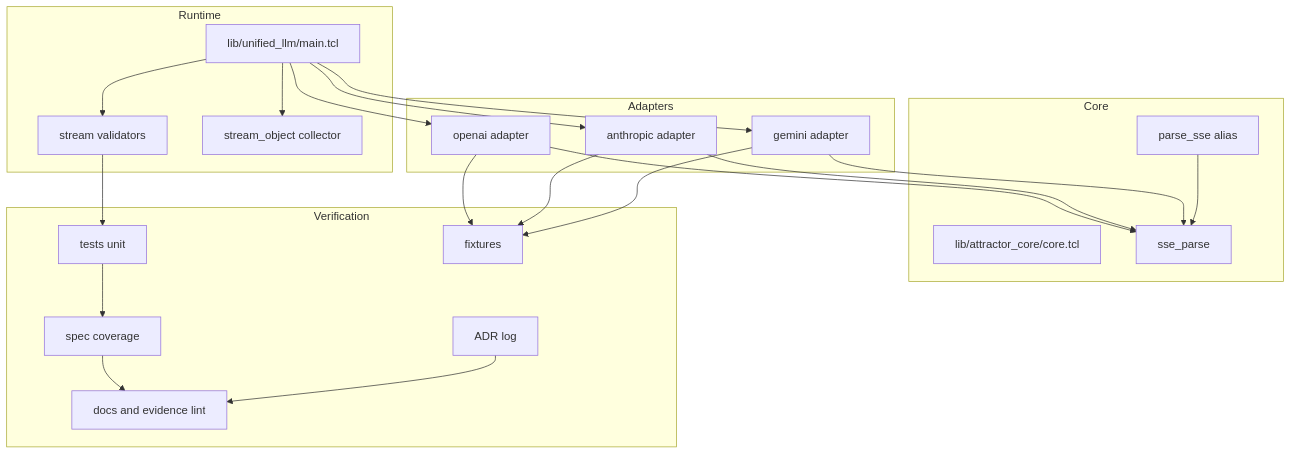
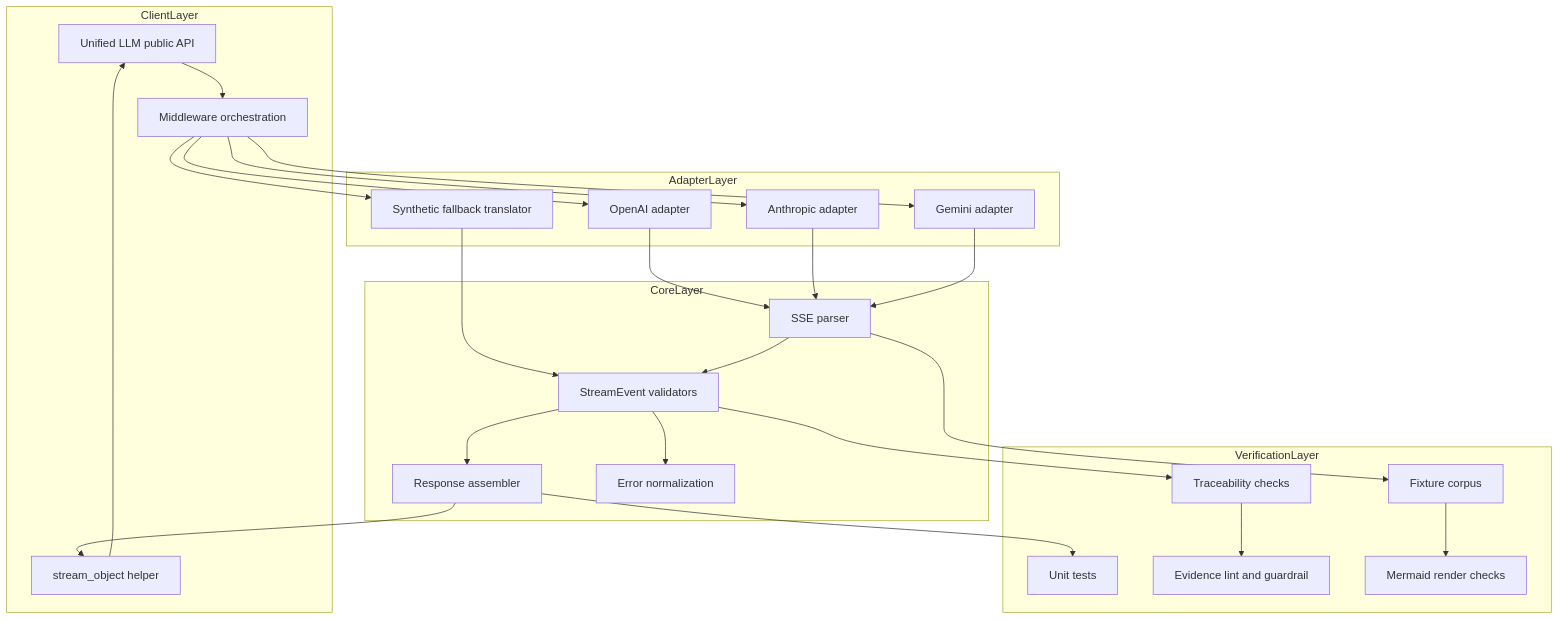
Before and after one commit to jaytaylor/attractor-tcl: the fifth of 5 diagrams in docs/sprints/SPRINT-005-comprehensive-implementation-plan.md, drawn with Mermaid. The commit also changed other lines of this file, not shown here.

````diff
--- a/docs/sprints/SPRINT-005-comprehensive-implementation-plan.md
+++ b/docs/sprints/SPRINT-005-comprehensive-implementation-plan.md
@@ -954,45 +741,50 @@
 ```mermaid
 flowchart TB
-  subgraph Runtime
-    A1[lib/unified_llm/main.tcl]
-    A2[stream validators]
-    A3[stream_object collector]
+  subgraph ClientLayer
+    C1[Unified LLM public API]
+    C2[Middleware orchestration]
+    C3[stream_object helper]
   end
 
-  subgraph Adapters
-    B1[openai adapter]
-    B2[anthropic adapter]
-    B3[gemini adapter]
+  subgraph AdapterLayer
+    A1[OpenAI adapter]
+    A2[Anthropic adapter]
+    A3[Gemini adapter]
+    A4[Synthetic fallback translator]
   end
 
-  subgraph Core
-    C1[lib/attractor_core/core.tcl]
-    C2[sse_parse]
-    C3[parse_sse alias]
+  subgraph CoreLayer
+    K1[SSE parser]
+    K2[StreamEvent validators]
+    K3[Response assembler]
+    K4[Error normalization]
   end
 
-  subgraph Verification
-    D1[tests unit]
-    D2[fixtures]
-    D3[spec coverage]
-    D4[docs and evidence lint]
-    D5[ADR log]
+  subgraph VerificationLayer
+    V1[Unit tests]
+    V2[Fixture corpus]
+    V3[Traceability checks]
+    V4[Evidence lint and guardrail]
+    V5[Mermaid render checks]
   end
 
-  A1 --> A2
-  A1 --> A3
-  A1 --> B1
-  A1 --> B2
-  A1 --> B3
-  B1 --> C2
-  B2 --> C2
-  B3 --> C2
-  C3 --> C2
-  A2 --> D1
-  B1 --> D2
-  B2 --> D2
-  B3 --> D2
-  D1 --> D3
-  D3 --> D4
-  D5 --> D4
+  C1 --> C2
+  C2 --> A1
+  C2 --> A2
+  C2 --> A3
+  C2 --> A4
+  A1 --> K1
+  A2 --> K1
+  A3 --> K1
+  A4 --> K2
+  K1 --> K2
+  K2 --> K3
+  K2 --> K4
+  K3 --> C3
+  C3 --> C1
+  K3 --> V1
+  K1 --> V2
+  K2 --> V3
+  V3 --> V4
+  V2 --> V5
 ```
````
